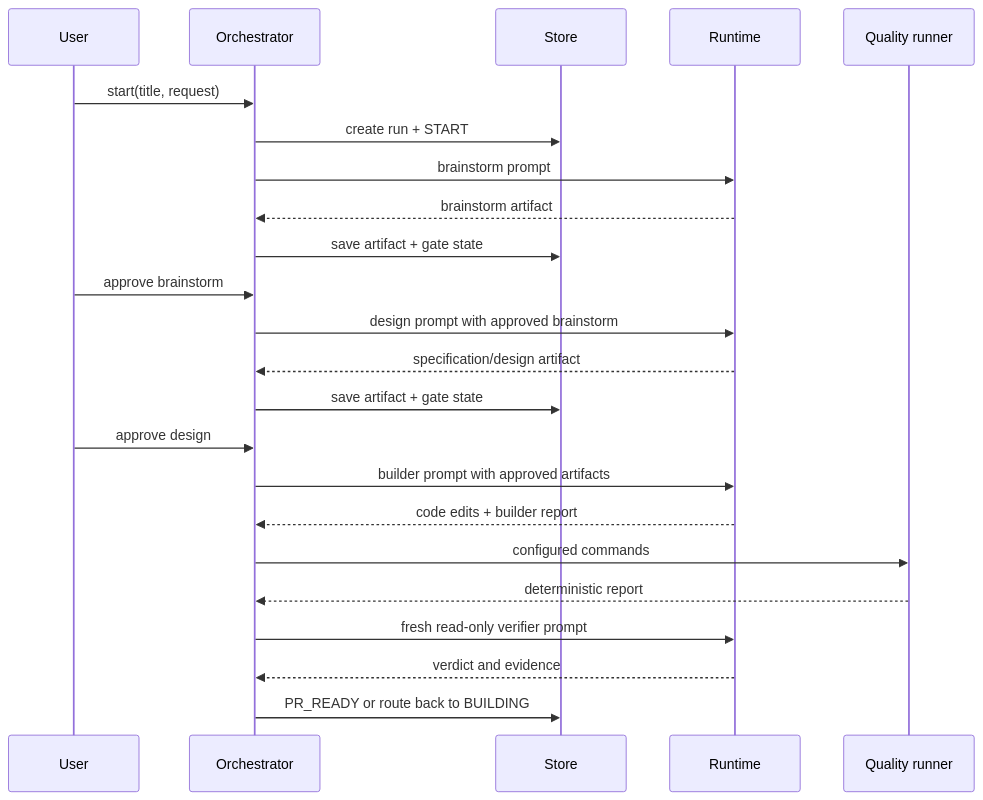
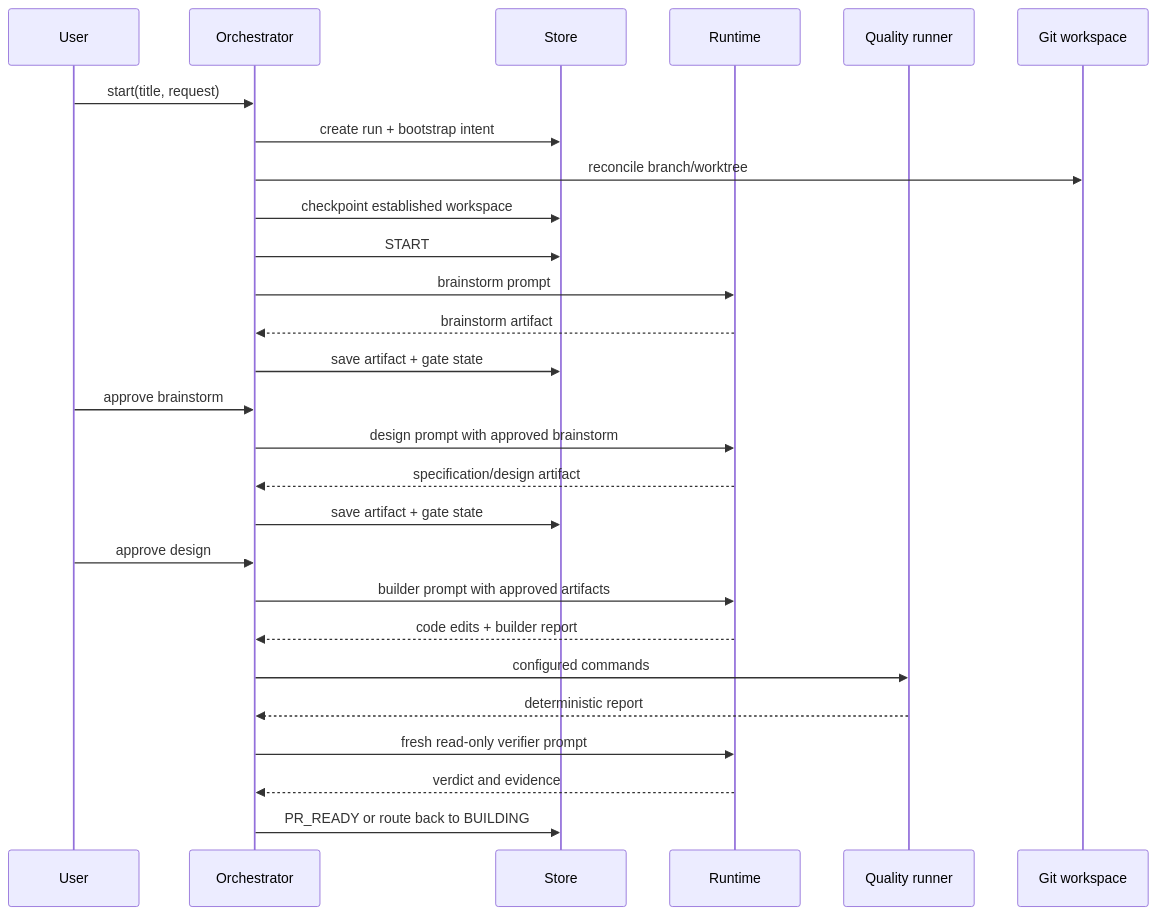
The third of 3 diagrams in docs/ARCHITECTURE.md (tomazb/cursor-multi-agent-software-engineer), drawn with Mermaid before and after one commit. The commit also changed other lines of this file and 46 other files, not shown here.

````diff
--- a/docs/ARCHITECTURE.md
+++ b/docs/ARCHITECTURE.md
@@ -222,26 +302,30 @@
 ```mermaid
 sequenceDiagram
   participant User
   participant O as Orchestrator
   participant S as Store
   participant R as Runtime
   participant Q as Quality runner
+  participant W as Git workspace
 
   User->>O: start(title, request)
-  O->>S: create run + START
+  O->>S: create run + bootstrap intent
+  O->>W: reconcile branch/worktree
+  O->>S: checkpoint established workspace
+  O->>S: START
   O->>R: brainstorm prompt
   R-->>O: brainstorm artifact
   O->>S: save artifact + gate state
   User->>O: approve brainstorm
   O->>R: design prompt with approved brainstorm
   R-->>O: specification/design artifact
   O->>S: save artifact + gate state
   User->>O: approve design
   O->>R: builder prompt with approved artifacts
   R-->>O: code edits + builder report
   O->>Q: configured commands
   Q-->>O: deterministic report
   O->>R: fresh read-only verifier prompt
   R-->>O: verdict and evidence
   O->>S: PR_READY or route back to BUILDING
 ```
````
